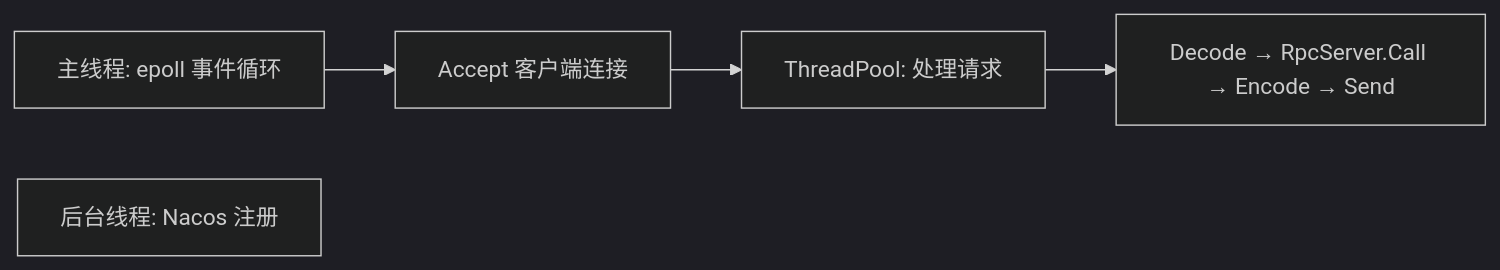
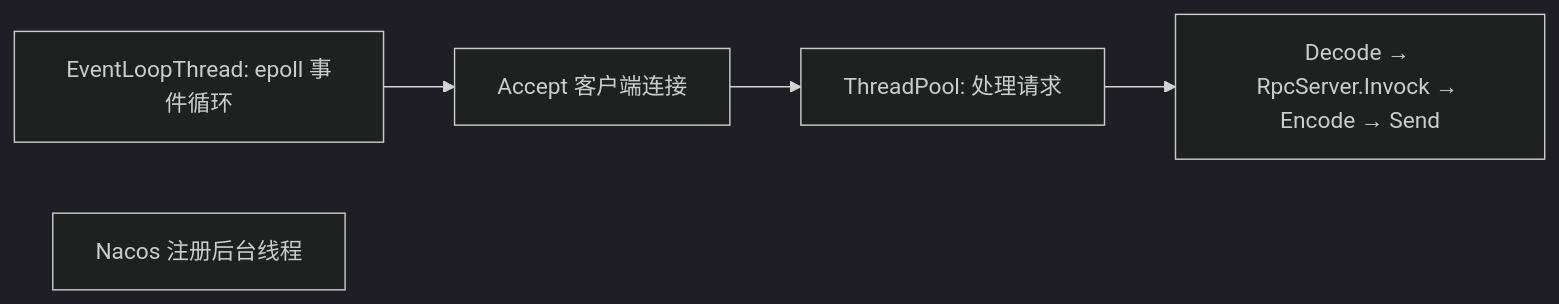
One commit to desyang-hub/mini-rpc changed the second of 3 diagrams in docs/zh/guide/architecture.md. Above: the diagram before and after it, drawn with Mermaid (dark theme). The commit also changed other lines of this file and 17 other files, not shown here.

````diff
--- a/docs/zh/guide/architecture.md
+++ b/docs/zh/guide/architecture.md
@@ -112,7 +106,7 @@
 ```mermaid
 graph LR
-    Main[主线程: epoll 事件循环] --> Accept[Accept 客户端连接]
+    EL[EventLoopThread: epoll 事件循环] --> Accept[Accept 客户端连接]
     Accept --> Pool[ThreadPool: 处理请求]
-    Pool --> Handler[Decode → RpcServer.Call → Encode → Send]
-    Reg[后台线程: Nacos 注册]
+    Pool --> Handler[Decode → RpcServer.Invock → Encode → Send]
+    Reg[Nacos 注册后台线程]
 ```
````
